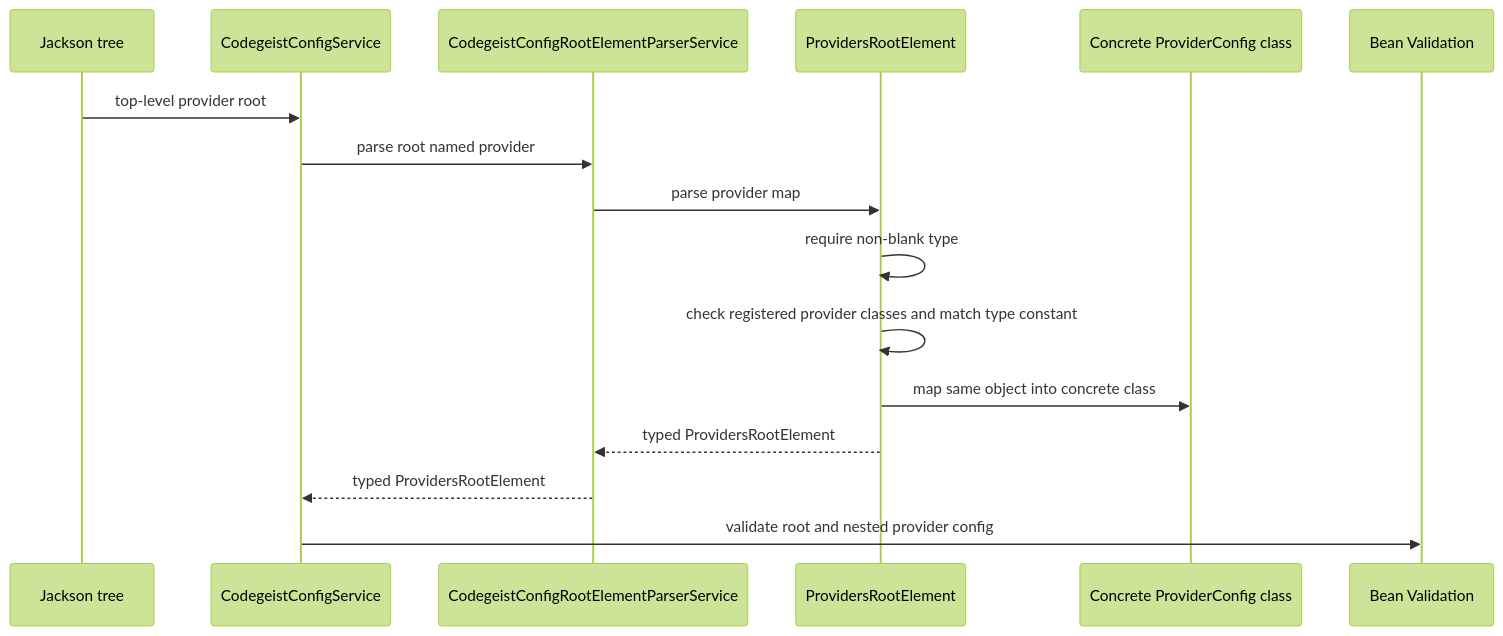
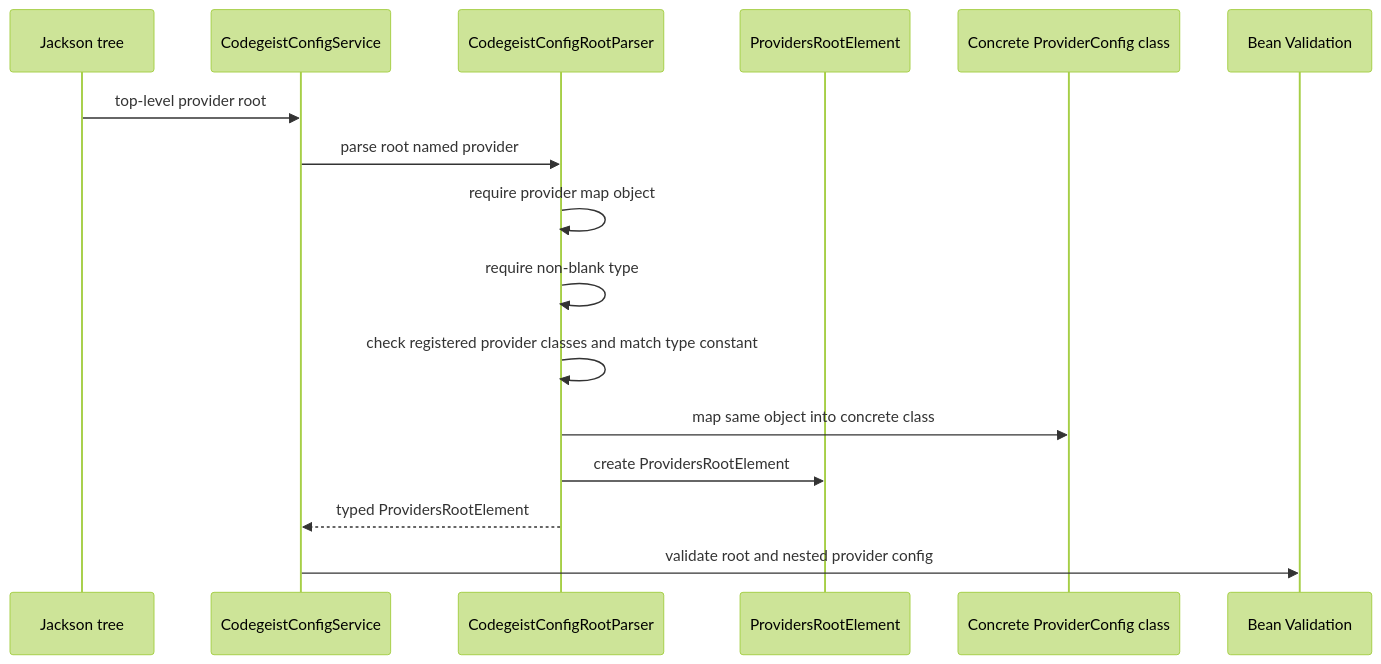
Before and after one commit to codegeist-ai/codegeist: the third of 5 diagrams in docs/developer/architecture/provider-configuration.md, drawn with Mermaid (forest theme). The commit also changed other lines of this file and 46 other files, not shown here.

````diff
--- a/docs/developer/architecture/provider-configuration.md
+++ b/docs/developer/architecture/provider-configuration.md
@@ -310,19 +360,19 @@
 ```mermaid
 sequenceDiagram
     participant Source as Jackson tree
     participant Service as CodegeistConfigService
-    participant ParserService as CodegeistConfigRootElementParserService
+    participant Parser as CodegeistConfigRootParser
     participant Root as ProvidersRootElement
     participant ProviderClass as Concrete ProviderConfig class
     participant Validator as Bean Validation
 
     Source->>Service: top-level provider root
-    Service->>ParserService: parse root named provider
-    ParserService->>Root: parse provider map
-    Root->>Root: require non-blank type
-    Root->>Root: check registered provider classes and match type constant
-    Root->>ProviderClass: map same object into concrete class
-    Root-->>ParserService: typed ProvidersRootElement
-    ParserService-->>Service: typed ProvidersRootElement
+    Service->>Parser: parse root named provider
+    Parser->>Parser: require provider map object
+    Parser->>Parser: require non-blank type
+    Parser->>Parser: check registered provider classes and match type constant
+    Parser->>ProviderClass: map same object into concrete class
+    Parser->>Root: create ProvidersRootElement
+    Parser-->>Service: typed ProvidersRootElement
     Service->>Validator: validate root and nested provider config
 ```
````
